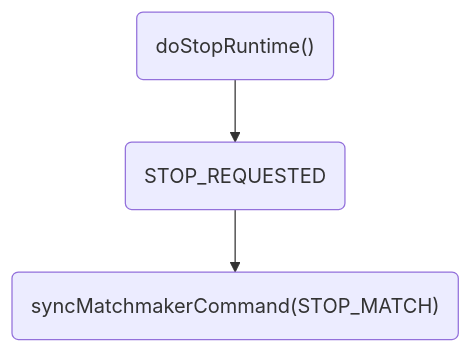
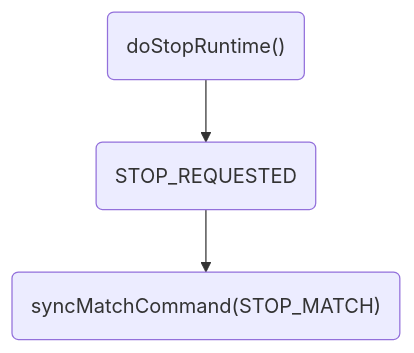
The diagram in omgservers-documentation/src/StopMatch.md (OMGSERVERS/omgservers), drawn with Mermaid before and after one commit. The commit also changed 95 other files, not shown here.

````diff
--- a/omgservers-documentation/src/StopMatch.md
+++ b/omgservers-documentation/src/StopMatch.md
@@ -3,7 +3,7 @@
 ```mermaid
 graph TD;
 
 doStopRuntime("doStopRuntime()") --> StopRequested(STOP_REQUESTED)
-StopRequested(STOP_REQUESTED) --> syncMatchmakerCommand("syncMatchmakerCommand(STOP_MATCH)")
+StopRequested(STOP_REQUESTED) --> syncMatchCommand("syncMatchCommand(STOP_MATCH)")
 
 ```
````
